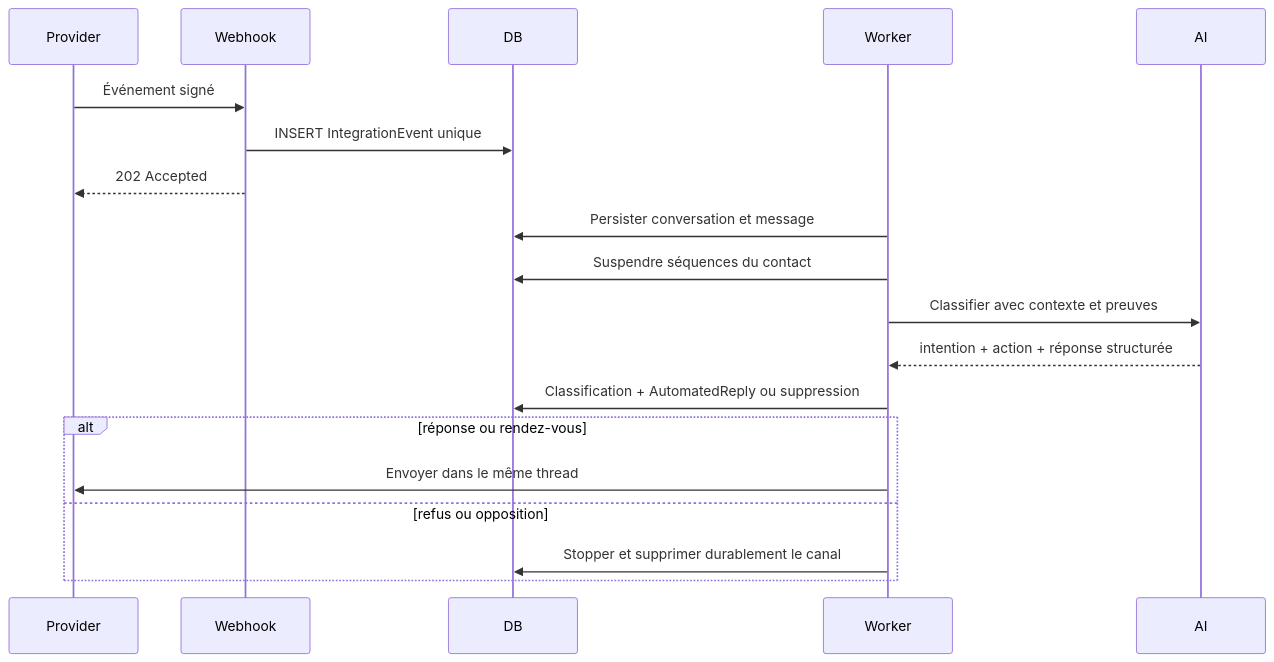
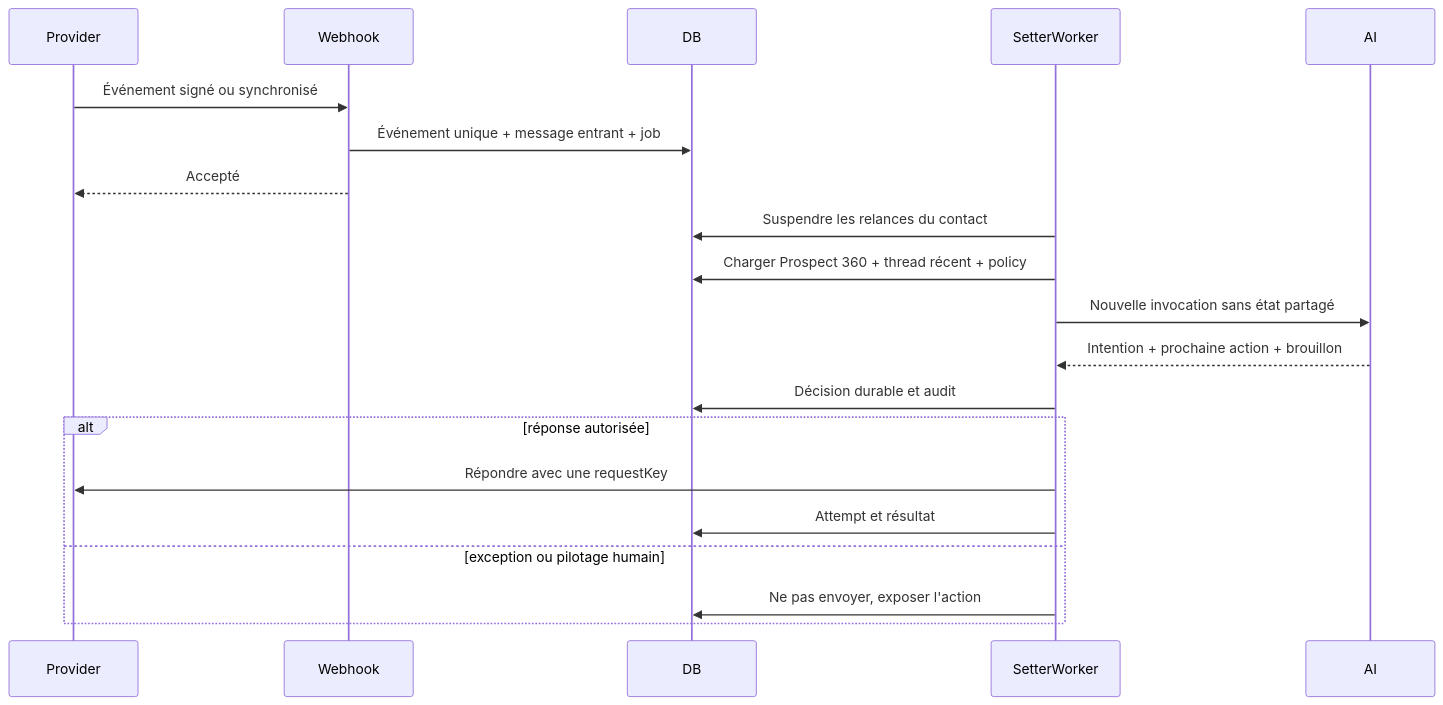
The fourth of 8 diagrams in docs/architecture/FLOWS.md (IgnitionAI/noosphere), drawn with Mermaid before and after one commit. The commit also changed other lines of this file and 20 other files, not shown here.

Commit message:
docs: reconcile Noosphere architecture

````diff
--- a/docs/architecture/FLOWS.md
+++ b/docs/architecture/FLOWS.md
@@ -56,22 +90,23 @@
 ```mermaid
 sequenceDiagram
     participant Provider
     participant Webhook
     participant DB
-    participant Worker
+    participant SetterWorker
     participant AI
 
-    Provider->>Webhook: Événement signé
-    Webhook->>DB: INSERT IntegrationEvent unique
-    Webhook-->>Provider: 202 Accepted
-    Worker->>DB: Persister conversation et message
-    Worker->>DB: Suspendre séquences du contact
-    Worker->>AI: Classifier avec contexte et preuves
-    AI-->>Worker: intention + action + réponse structurée
-    Worker->>DB: Classification + AutomatedReply ou suppression
-    alt réponse ou rendez-vous
-        Worker->>Provider: Envoyer dans le même thread
-    else refus ou opposition
-        Worker->>DB: Stopper et supprimer durablement le canal
+    Provider->>Webhook: Événement signé ou synchronisé
+    Webhook->>DB: Événement unique + message entrant + job
+    Webhook-->>Provider: Accepté
+    SetterWorker->>DB: Suspendre les relances du contact
+    SetterWorker->>DB: Charger Prospect 360 + thread récent + policy
+    SetterWorker->>AI: Nouvelle invocation sans état partagé
+    AI-->>SetterWorker: Intention + prochaine action + brouillon
+    SetterWorker->>DB: Décision durable et audit
+    alt réponse autorisée
+        SetterWorker->>Provider: Répondre avec une requestKey
+        SetterWorker->>DB: Attempt et résultat
+    else exception ou pilotage humain
+        SetterWorker->>DB: Ne pas envoyer, exposer l'action
     end
 ```
````
